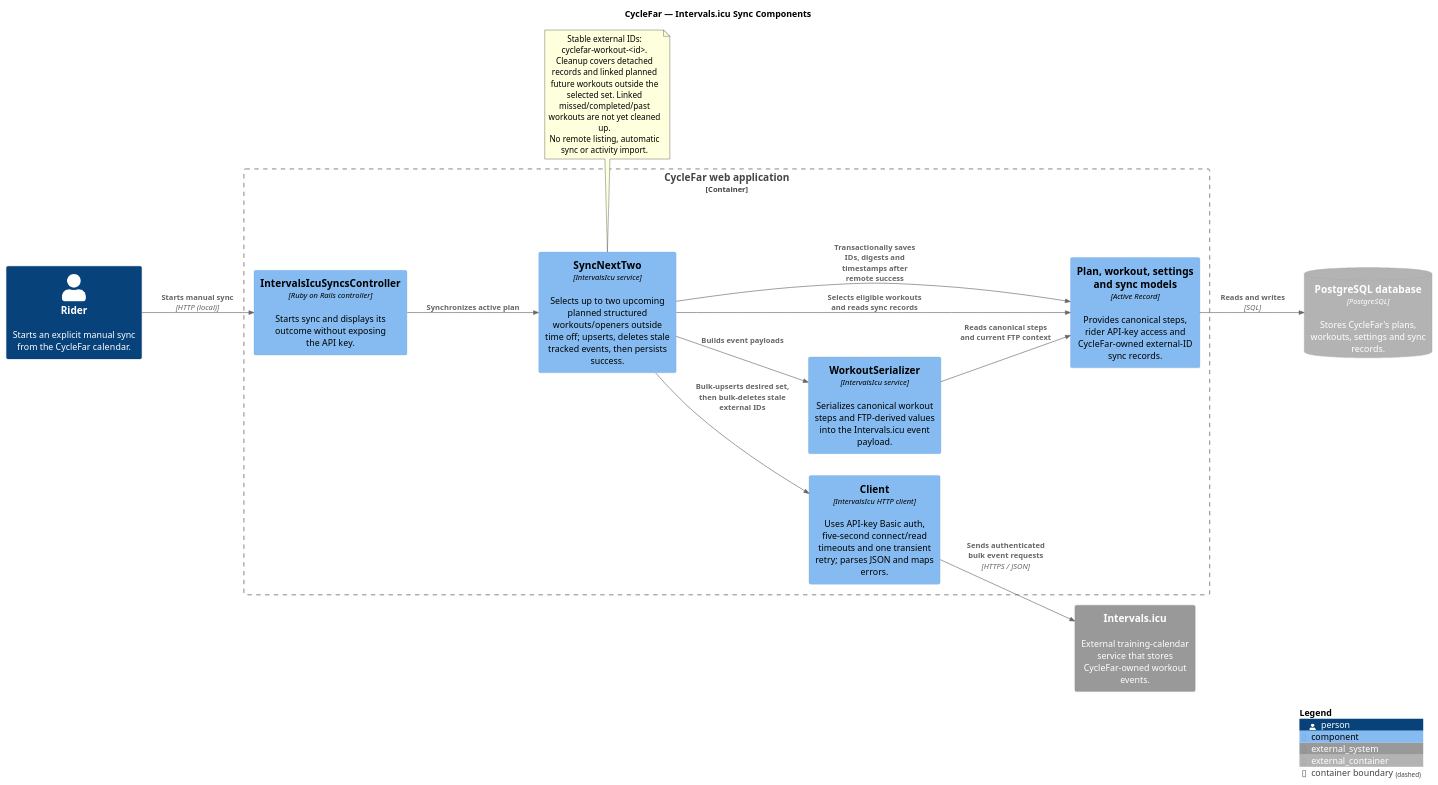
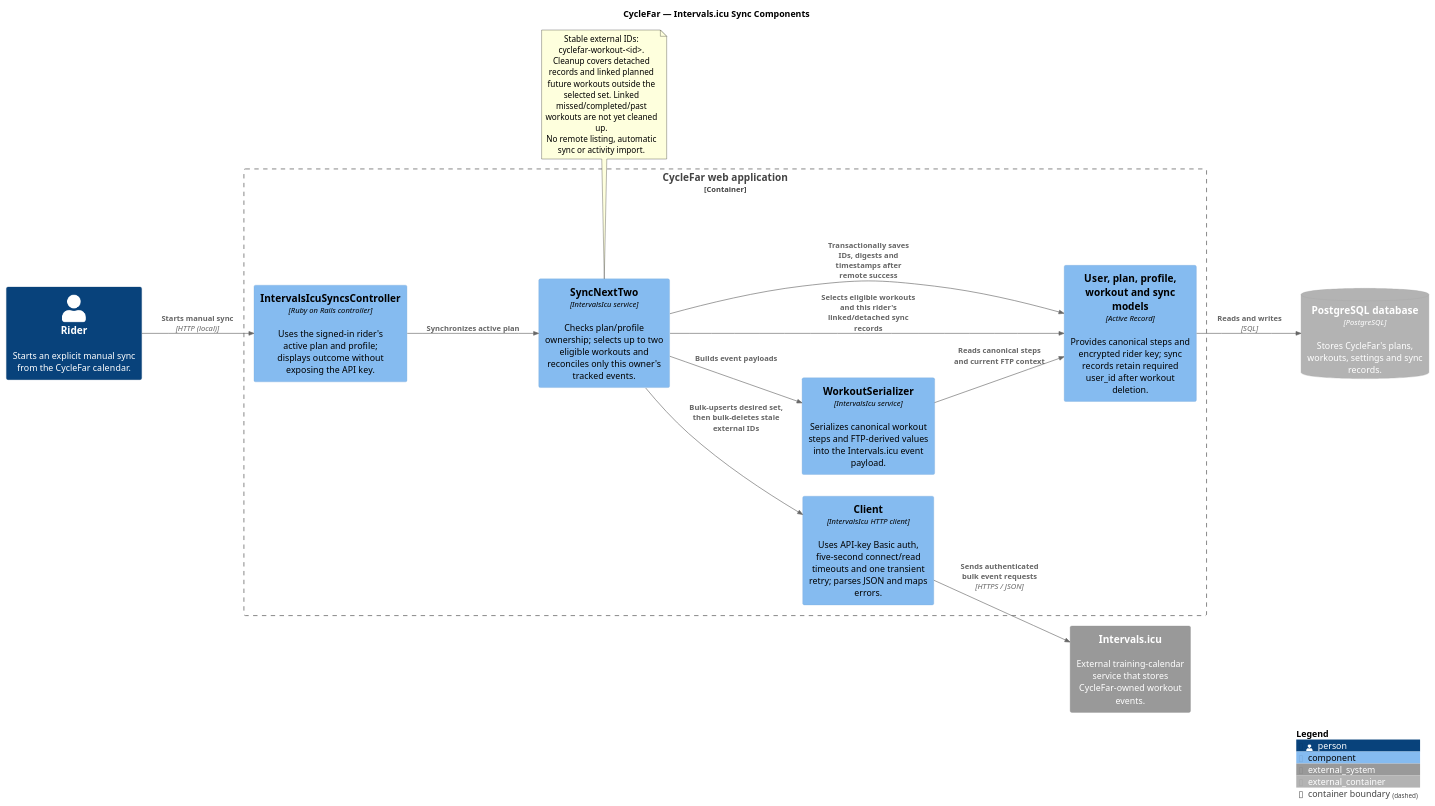
One commit to richardhartme/cyclefar changed the diagram in docs/diagrams/cyclefar-intervals-icu-sync-components.puml. Above: the diagram before and after it, drawn with PlantUML. The commit also changed 18 other files, not shown here.

Commit message:
Refresh documentation and architecture diagrams

```diff
--- a/docs/diagrams/cyclefar-intervals-icu-sync-components.puml
+++ b/docs/diagrams/cyclefar-intervals-icu-sync-components.puml
@@ -1,40 +1,40 @@
 @startuml CycleFar Intervals ICU Sync Components
-' Reviewed against application source on 2026-09-25; scope and limitations: README.md
+' Owner-scoped sync checked on 2026-09-28; scope and limitations: README.md
 !include https://raw.githubusercontent.com/plantuml-stdlib/C4-PlantUML/master/C4_Component.puml
 
 title CycleFar — Intervals.icu Sync Components
 
 LAYOUT_LEFT_RIGHT()
 
 Person(rider, "Rider", "Starts an explicit manual sync from the CycleFar calendar.")
 System_Ext(intervals_icu, "Intervals.icu", "External training-calendar service that stores CycleFar-owned workout events.")
 ContainerDb_Ext(database, "PostgreSQL database", "PostgreSQL", "Stores CycleFar's plans, workouts, settings and sync records.")
 
 Container_Boundary(web_application, "CycleFar web application") {
-  Component(controller, "IntervalsIcuSyncsController", "Ruby on Rails controller", "Starts sync and displays its outcome without exposing the API key.")
-  Component(sync, "SyncNextTwo", "IntervalsIcu service", "Selects up to two upcoming planned structured workouts/openers outside time off; upserts, deletes stale tracked events, then persists success.")
+  Component(controller, "IntervalsIcuSyncsController", "Ruby on Rails controller", "Uses the signed-in rider's active plan and profile; displays outcome without exposing the API key.")
+  Component(sync, "SyncNextTwo", "IntervalsIcu service", "Checks plan/profile ownership; selects up to two eligible workouts and reconciles only this owner's tracked events.")
   Component(serializer, "WorkoutSerializer", "IntervalsIcu service", "Serializes canonical workout steps and FTP-derived values into the Intervals.icu event payload.")
   Component(client, "Client", "IntervalsIcu HTTP client", "Uses API-key Basic auth, five-second connect/read timeouts and one transient retry; parses JSON and maps errors.")
-  Component(models, "Plan, workout, settings and sync models", "Active Record", "Provides canonical steps, rider API-key access and CycleFar-owned external-ID sync records.")
+  Component(models, "User, plan, profile, workout and sync models", "Active Record", "Provides canonical steps and encrypted rider key; sync records retain required user_id after workout deletion.")
 }
 
 Rel(rider, controller, "Starts manual sync", "HTTP (local)")
 Rel(controller, sync, "Synchronizes active plan")
-Rel(sync, models, "Selects eligible workouts and reads sync records")
+Rel(sync, models, "Selects eligible workouts and this rider's linked/detached sync records")
 Rel(sync, serializer, "Builds event payloads")
 Rel(serializer, models, "Reads canonical steps and current FTP context")
 Rel(sync, client, "Bulk-upserts desired set, then bulk-deletes stale external IDs")
 Rel(client, intervals_icu, "Sends authenticated bulk event requests", "HTTPS / JSON")
 Rel(sync, models, "Transactionally saves IDs, digests and timestamps after remote success")
 Rel(models, database, "Reads and writes", "SQL")
 
 note bottom of sync
   Stable external IDs: cyclefar-workout-<id>.
   Cleanup covers detached records and linked planned
   future workouts outside the selected set. Linked
   missed/completed/past workouts are not yet cleaned up.
   No remote listing, automatic sync or activity import.
 end note
 
 SHOW_LEGEND()
 @enduml
```
